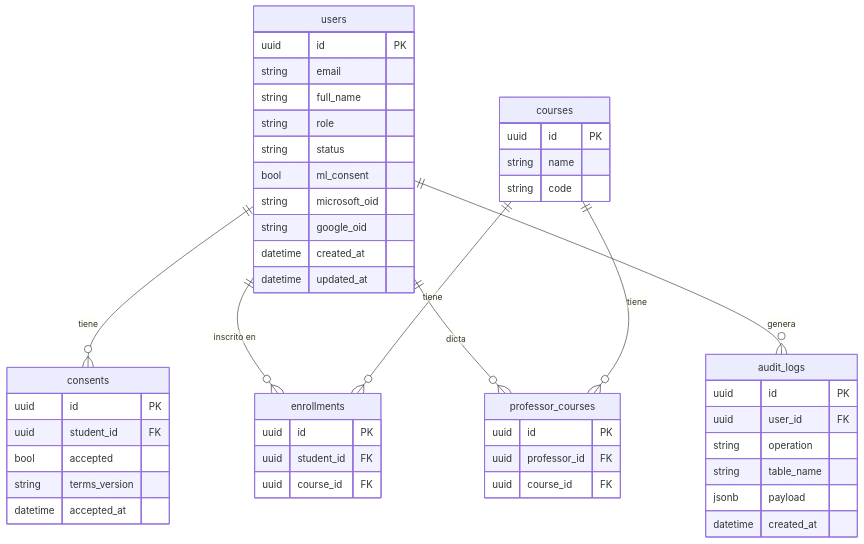
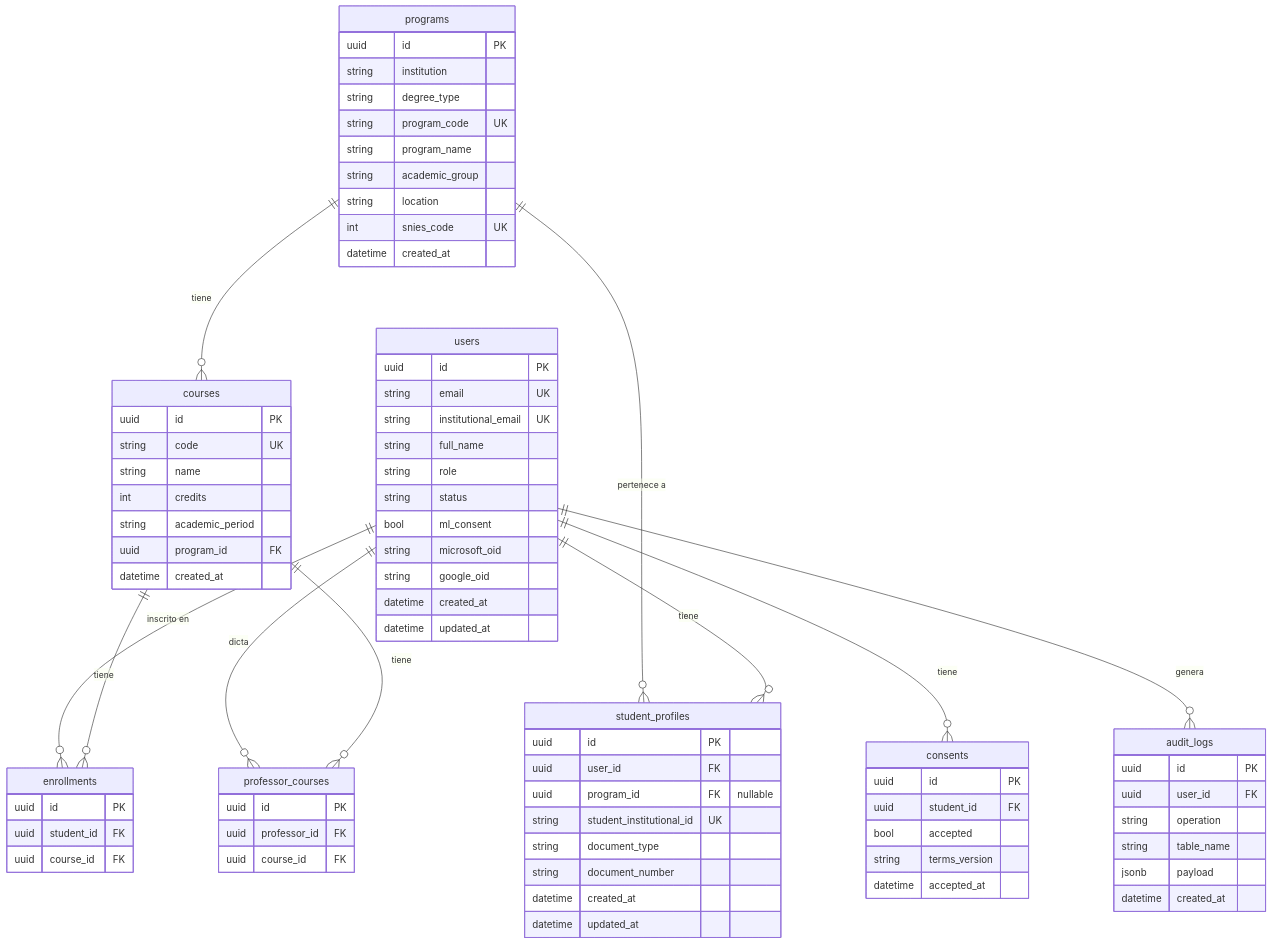
One commit to emmanuel-yepes-conde/academic-risk-predictor-backend changed the diagram in README.md. Above: the diagram before and after it, drawn with Mermaid. The commit also changed other lines of this file and 58 other files, not shown here.

````diff
--- a/README.md
+++ b/README.md
@@ -188,51 +206,80 @@
 ```mermaid
 erDiagram
     users {
         uuid id PK
-        string email
+        string email UK
+        string institutional_email UK
         string full_name
         string role
         string status
         bool ml_consent
         string microsoft_oid
         string google_oid
         datetime created_at
         datetime updated_at
     }
+    programs {
+        uuid id PK
+        string institution
+        string degree_type
+        string program_code UK
+        string program_name
+        string academic_group
+        string location
+        int snies_code UK
+        datetime created_at
+    }
+    courses {
+        uuid id PK
+        string code UK
+        string name
+        int credits
+        string academic_period
+        uuid program_id FK
+        datetime created_at
+    }
+    student_profiles {
+        uuid id PK
+        uuid user_id FK
+        uuid program_id FK "nullable"
+        string student_institutional_id UK
+        string document_type
+        string document_number
+        datetime created_at
+        datetime updated_at
+    }
     consents {
         uuid id PK
         uuid student_id FK
         bool accepted
         string terms_version
         datetime accepted_at
-    }
-    courses {
-        uuid id PK
-        string name
-        string code
     }
     enrollments {
         uuid id PK
         uuid student_id FK
         uuid course_id FK
     }
     professor_courses {
         uuid id PK
         uuid professor_id FK
         uuid course_id FK
     }
     audit_logs {
         uuid id PK
         uuid user_id FK
         string operation
         string table_name
         jsonb payload
         datetime created_at
     }
+    programs ||--o{ courses : "tiene"
+    programs ||--o{ student_profiles : "pertenece a"
+    users ||--o{ student_profiles : "tiene"
     users ||--o{ consents : "tiene"
     users ||--o{ enrollments : "inscrito en"
     users ||--o{ professor_courses : "dicta"
     courses ||--o{ enrollments : "tiene"
     courses ||--o{ professor_courses : "tiene"
     users ||--o{ audit_logs : "genera"
 ```
````
